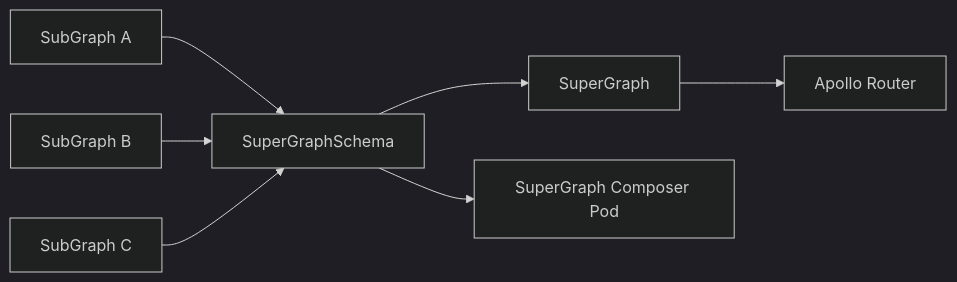
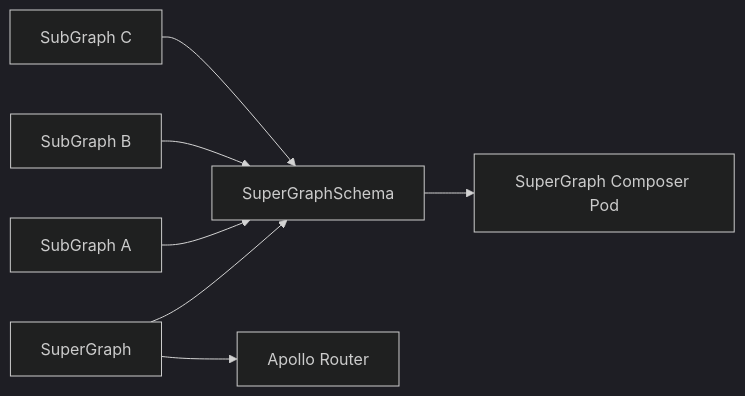
The diagram in README.md (DoodleScheduling/apollo-controller), drawn with Mermaid (dark theme) before and after one commit. The commit also changed other lines of this file and 16 other files, not shown here.

First line of the commit message:
feat: add support for fetching subgraph schema via http (#41)

````diff
--- a/README.md
+++ b/README.md
@@ -109,18 +109,18 @@
 ```mermaid
 flowchart LR
     SuperGraph["SuperGraph"]
     SuperGraphSchema["SuperGraphSchema"]
     Subgraph1["SubGraph A"]
     Subgraph2["SubGraph B"]
     Subgraph3["SubGraph C"]
     Deployment["Apollo Router"]
     SchemaReconciler["SuperGraph Composer Pod"]
 
     SuperGraphSchema --> SchemaReconciler
-    SuperGraphSchema --> SuperGraph
+    SuperGraph --> SuperGraphSchema
     Subgraph1 --> SuperGraphSchema
     Subgraph2 --> SuperGraphSchema
     Subgraph3 --> SuperGraphSchema
 
     SuperGraph --> Deployment
 ```
````
